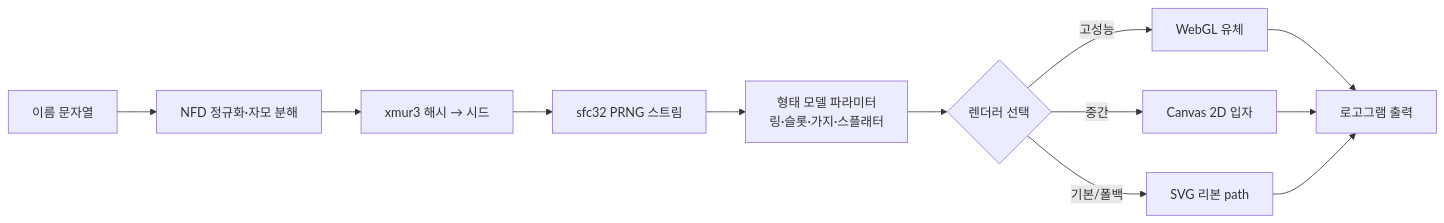
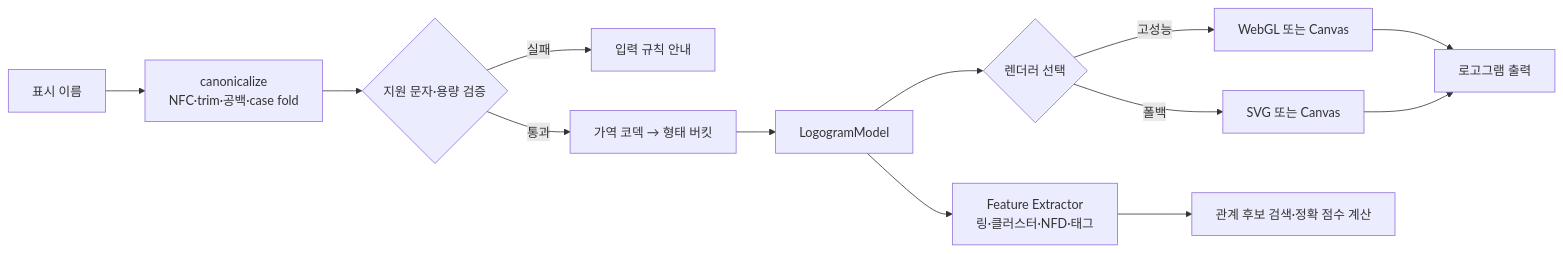
The second of 2 diagrams in docs/heptapod-b-encoder/02-ux-flow.md (groovelb/heptapod-B), drawn with Mermaid before and after one commit. The commit also changed other lines of this file and 98 other files, not shown here.

````diff
--- a/docs/heptapod-b-encoder/02-ux-flow.md
+++ b/docs/heptapod-b-encoder/02-ux-flow.md
@@ -117,14 +230,15 @@
 ```mermaid
 flowchart LR
-    N[이름 문자열] --> O[NFD 정규화·자모 분해]
-    O --> P[xmur3 해시 → 시드]
-    P --> Q[sfc32 PRNG 스트림]
-    Q --> R[형태 모델 파라미터<br/>링·슬롯·가지·스플래터]
-    R --> S{렌더러 선택}
-    S -->|고성능| T[WebGL 유체]
-    S -->|중간| U[Canvas 2D 입자]
-    S -->|기본/폴백| V[SVG 리본 path]
-    T --> W[로고그램 출력]
-    U --> W
+    N[표시 이름] --> O[canonicalize<br/>NFC·trim·공백·case fold]
+    O --> P{지원 문자·용량 검증}
+    P -->|실패| X[입력 규칙 안내]
+    P -->|통과| Q[가역 코덱 → 형태 버킷]
+    Q --> R[LogogramModel]
+    R --> S[Feature Extractor<br/>링·클러스터·NFD·태그]
+    R --> T{렌더러 선택}
+    T -->|고성능| U[WebGL 또는 Canvas]
+    T -->|폴백| V[SVG 또는 Canvas]
+    U --> W[로고그램 출력]
     V --> W
+    S --> Y[관계 후보 검색·정확 점수 계산]
 ```
````
